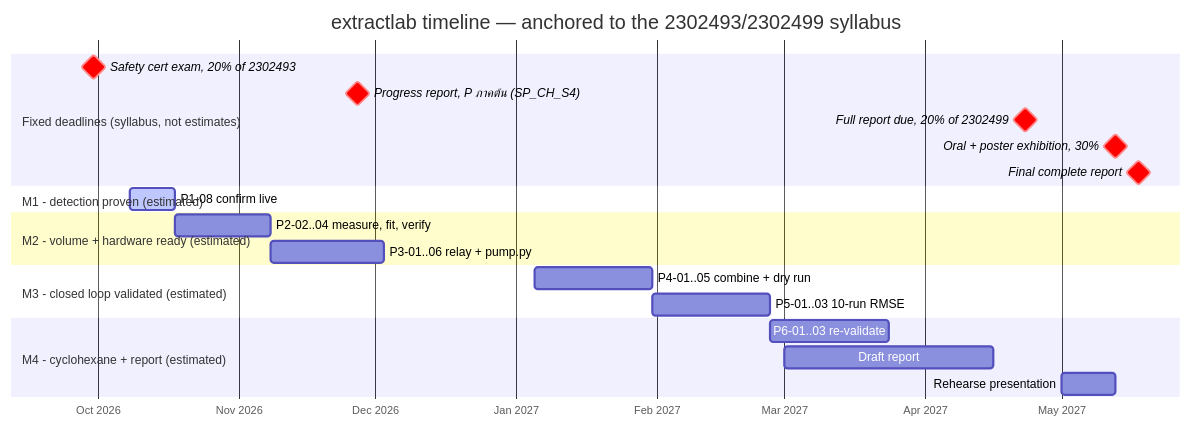
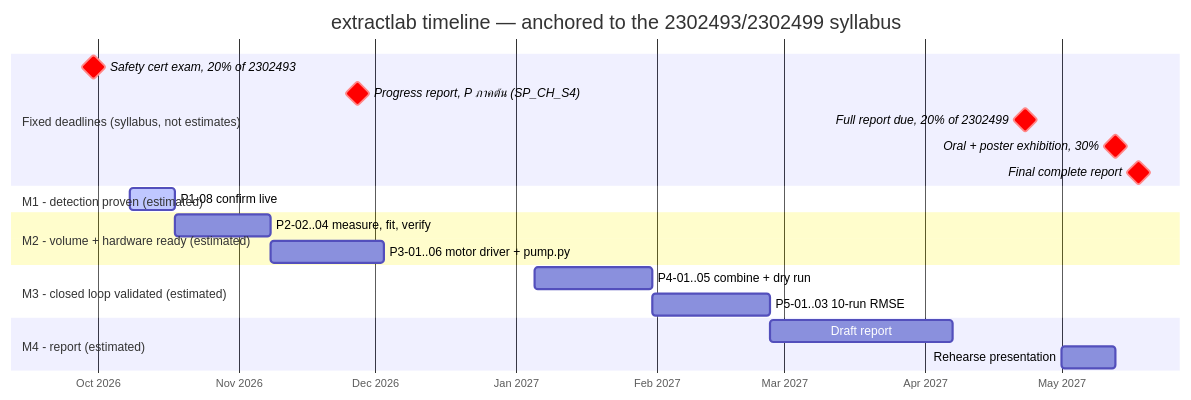
Before and after one commit to Cherrpxp/extractlab: the diagram in docs/developments/02_milestones.md, drawn with Mermaid. The commit also changed other lines of this file and 9 other files, not shown here.

First line of the commit message:
docs: sync every doc with the real hardware/scope (funnel, 24V pump, no cyclohexane)

````diff
--- a/docs/developments/02_milestones.md
+++ b/docs/developments/02_milestones.md
@@ -14,29 +14,28 @@
 ```mermaid
 gantt
     title extractlab timeline — anchored to the 2302493/2302499 syllabus
     dateFormat YYYY-MM-DD
     axisFormat %b %Y
 
     section Fixed deadlines (syllabus, not estimates)
     Safety cert exam, 20% of 2302493        :crit, milestone, dl1, 2026-09-30, 0d
     Progress report, P ภาคต้น (SP_CH_S4)     :crit, milestone, dl2, 2026-11-27, 0d
     Full report due, 20% of 2302499         :crit, milestone, dl3, 2027-04-23, 0d
     Oral + poster exhibition, 30%           :crit, milestone, dl4, 2027-05-13, 0d
     Final complete report                   :crit, milestone, dl5, 2027-05-18, 0d
 
     section M1 - detection proven (estimated)
     P1-08 confirm live                      :active, p1, 2026-10-08, 10d
 
     section M2 - volume + hardware ready (estimated)
     P2-02..04 measure, fit, verify          :p2, after p1, 21d
-    P3-01..06 relay + pump.py               :p3, after p2, 25d
+    P3-01..06 motor driver + pump.py        :p3, after p2, 25d
 
     section M3 - closed loop validated (estimated)
     P4-01..05 combine + dry run             :p4, 2027-01-05, 26d
     P5-01..03 10-run RMSE                   :p5, after p4, 26d
 
-    section M4 - cyclohexane + report (estimated)
-    P6-01..03 re-validate                   :p6, after p5, 26d
-    Draft report                            :p7, 2027-03-01, 2027-04-16
+    section M4 - report (estimated)
+    Draft report                            :p7, after p5, 40d
     Rehearse presentation                   :p7b, 2027-05-01, 12d
 ```
````
